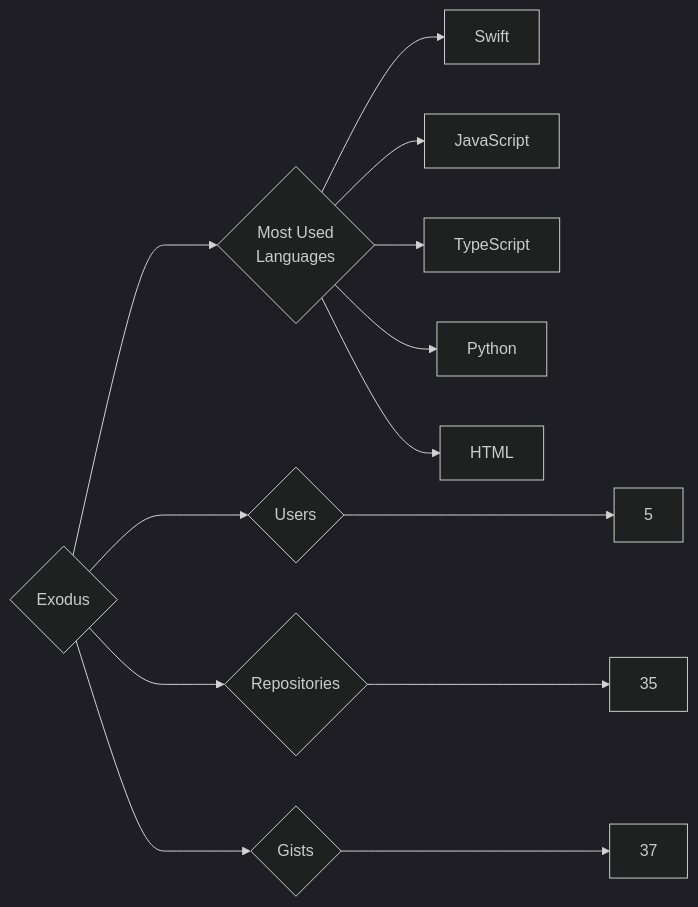
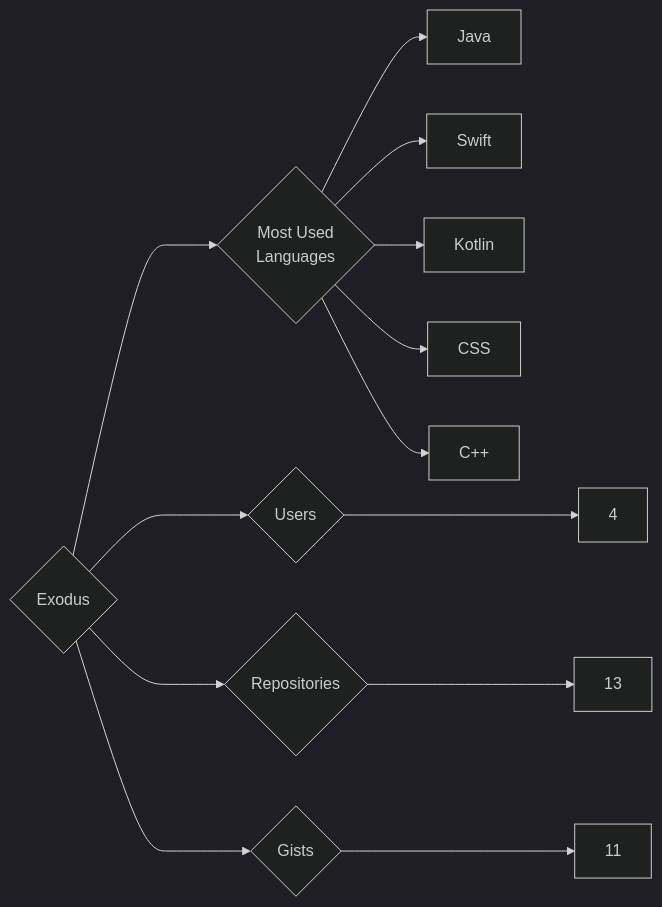
Before and after one commit to trickest/insiders: the diagram in targets/Exodus/README.md, drawn with Mermaid (dark theme). The commit also changed 865 other files, not shown here.

````diff
--- a/targets/Exodus/README.md
+++ b/targets/Exodus/README.md
@@ -3,13 +3,13 @@
 ```mermaid
 graph LR
 COMPANY_NAME{Exodus}
-COMPANY_NAME ---> U{Users} ---> UN[5]
-COMPANY_NAME ---> R{Repositories} ---> RN[35]
-COMPANY_NAME ---> G{Gists} ---> GN[37]
+COMPANY_NAME ---> U{Users} ---> UN[4]
+COMPANY_NAME ---> R{Repositories} ---> RN[13]
+COMPANY_NAME ---> G{Gists} ---> GN[11]
 COMPANY_NAME ---> ML{Most Used<br>Languages}
+ML --> Java[Java]
 ML --> Swift[Swift]
-ML --> JavaScript[JavaScript]
-ML --> TypeScript[TypeScript]
-ML --> Python[Python]
-ML --> HTML[HTML]
+ML --> Kotlin[Kotlin]
+ML --> CSS[CSS]
+ML --> C++[C++]
 ```
````
